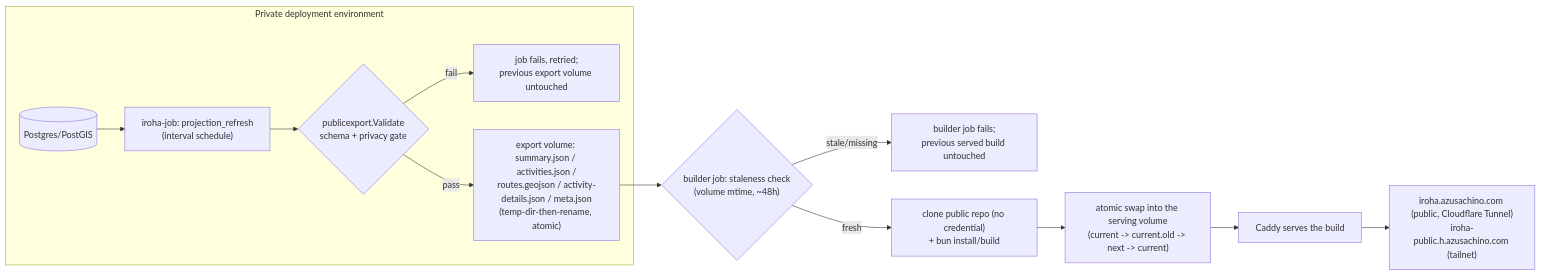
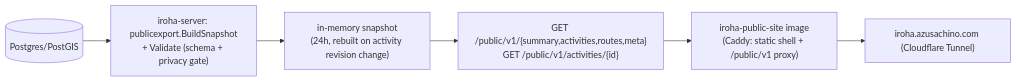
Before and after one commit to azusachino/iroha: the diagram in docs/public-site-publishing.md, drawn with Mermaid. The commit also changed other lines of this file and 16 other files, not shown here.

First line of the commit message:
feat(public): serve the public site live from an anonymous /public/v1 API

````diff
--- a/docs/public-site-publishing.md
+++ b/docs/public-site-publishing.md
@@ -12,15 +13,8 @@
 ```mermaid
 flowchart LR
-    subgraph priv["Private deployment environment"]
-        DB[(Postgres/PostGIS)] --> JOB["iroha-job: projection_refresh<br/>(interval schedule)"]
-        JOB --> GATE{"publicexport.Validate<br/>schema + privacy gate"}
-        GATE -- fail --> ABORT["job fails, retried;<br/>previous export volume untouched"]
-        GATE -- pass --> VOL["export volume: summary.json / activities.json /<br/>routes.geojson / activity-details.json / meta.json<br/>(temp-dir-then-rename, atomic)"]
-    end
-    VOL --> STALE{"builder job: staleness check<br/>(volume mtime, ~48h)"}
-    STALE -- stale/missing --> FAIL["builder job fails;<br/>previous served build untouched"]
-    STALE -- fresh --> CLONE["clone public repo (no credential)<br/>+ bun install/build"]
-    CLONE --> SWAP["atomic swap into the serving volume<br/>(current -> current.old -> next -> current)"]
-    SWAP --> CADDY["Caddy serves the build"]
-    CADDY --> LIVE["iroha.azusachino.com (public, Cloudflare Tunnel)<br/>iroha-public.h.azusachino.com (tailnet)"]
+    DB[(Postgres/PostGIS)] --> SNAP["iroha-server: publicexport.BuildSnapshot<br/>+ Validate (schema + privacy gate)"]
+    SNAP --> CACHE["in-memory snapshot<br/>(24h, rebuilt on activity revision change)"]
+    CACHE --> API["GET /public/v1/{summary,activities,routes,meta}<br/>GET /public/v1/activities/{id}"]
+    API --> SITE["iroha-public-site image<br/>(Caddy: static shell + /public/v1 proxy)"]
+    SITE --> LIVE["iroha.azusachino.com (Cloudflare Tunnel)"]
 ```
````
